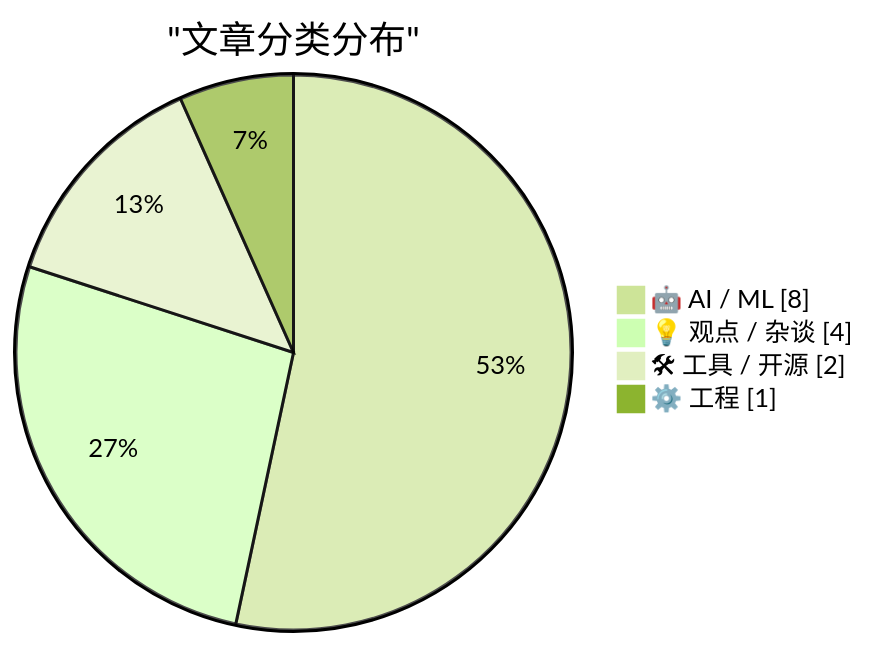
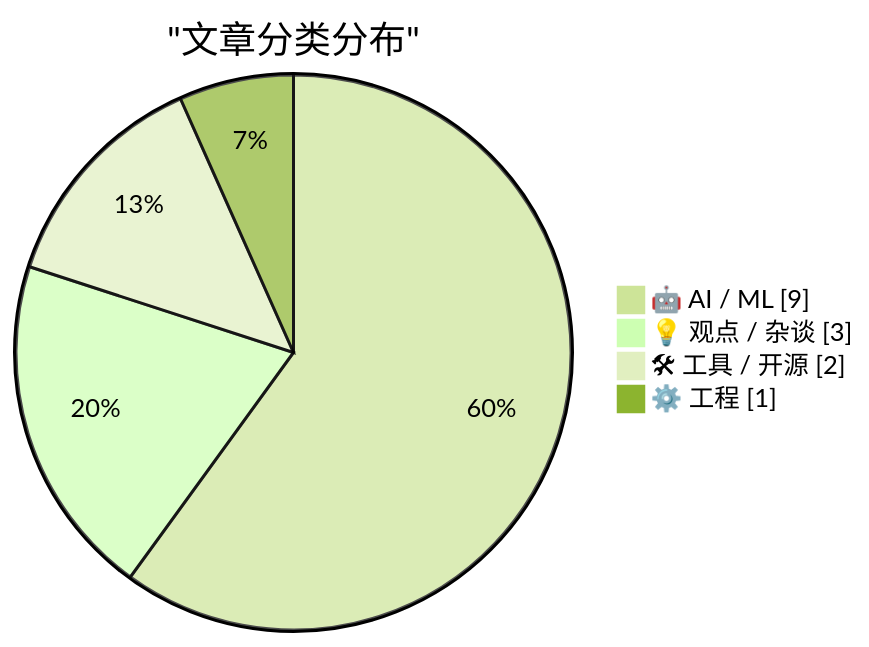
Before and after one commit to MirrMeur/ai-daily-digest: the first of 2 diagrams in digests/digest-20260222.md, drawn with Mermaid (forest theme). The commit also changed other lines of this file, not shown here.

````diff
--- a/digests/digest-20260222.md
+++ b/digests/digest-20260222.md
@@ -73,8 +73,8 @@
 ```mermaid
 pie showData
     title "文章分类分布"
-    "🤖 AI / ML" : 8
-    "💡 观点 / 杂谈" : 4
+    "🤖 AI / ML" : 9
+    "💡 观点 / 杂谈" : 3
     "🛠 工具 / 开源" : 2
     "⚙️ 工程" : 1
 ```
````
